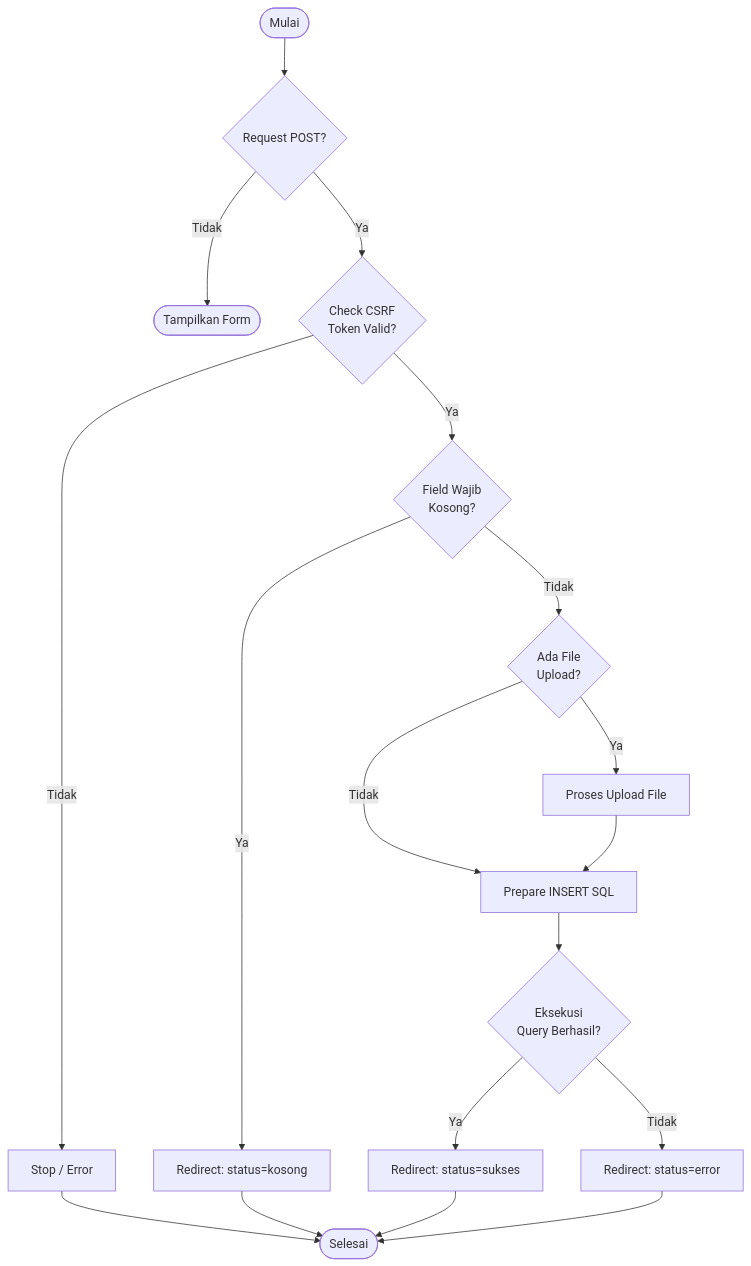
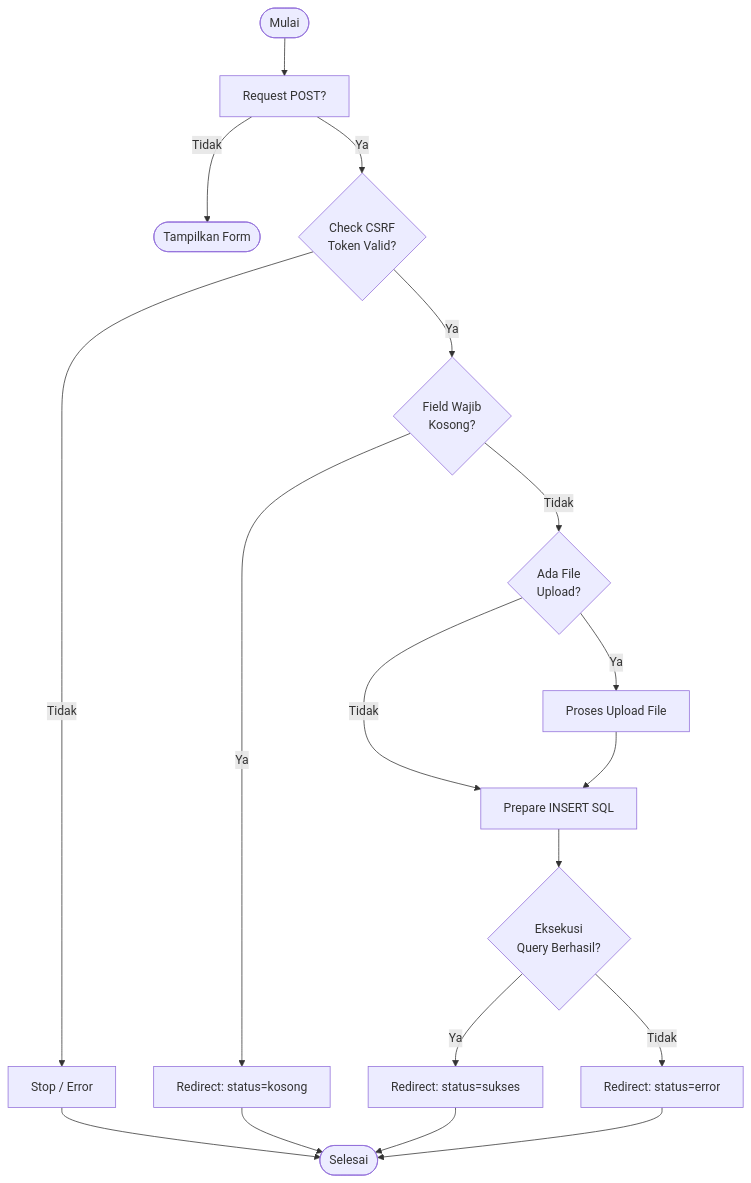
One commit to arbain-dev/Web_fikom changed the third of 6 diagrams in docs/07_PENGUJIAN_WHITE_BOX.md. Above: the diagram before and after it, drawn with Mermaid. The commit also changed other lines of this file, not shown here.

Commit message:
Fix Mermaid syntax errors in White Box testing diagrams

````diff
--- a/docs/07_PENGUJIAN_WHITE_BOX.md
+++ b/docs/07_PENGUJIAN_WHITE_BOX.md
@@ -109,17 +109,17 @@
 ```mermaid
 flowchart TD
-    A([Mulai]) --> B{Request POST?}
+    A([Mulai]) --> B["Request POST?"]
     B -- Tidak --> C([Tampilkan Form])
-    B -- Ya --> D{Check CSRF\nToken Valid?}
+    B -- Ya --> D{"Check CSRF<br/>Token Valid?"}
     D -- Tidak --> E[Stop / Error]
-    D -- Ya --> F{Field Wajib\nKosong?}
+    D -- Ya --> F{"Field Wajib<br/>Kosong?"}
     F -- Ya --> G[Redirect: status=kosong]
-    F -- Tidak --> H{Ada File\nUpload?}
+    F -- Tidak --> H{"Ada File<br/>Upload?"}
     H -- Ya --> I[Proses Upload File]
     H -- Tidak --> J[Prepare INSERT SQL]
     I --> J
-    J --> K{Eksekusi\nQuery Berhasil?}
+    J --> K{"Eksekusi<br/>Query Berhasil?"}
     K -- Ya --> L[Redirect: status=sukses]
     K -- Tidak --> M[Redirect: status=error]
     E & G & L & M --> N([Selesai])
 ```
````
